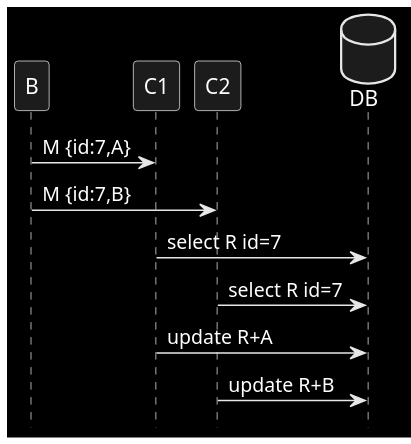
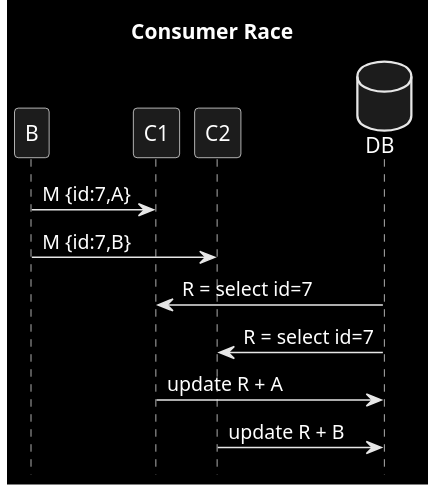
One commit to victorrentea/kafka changed the diagram in patterns/3_race_c_c.puml. Above: the diagram before and after it, drawn with PlantUML. The commit also changed 15 other files, not shown here.

```diff
--- a/patterns/3_race_c_c.puml
+++ b/patterns/3_race_c_c.puml
@@ -1,12 +1,13 @@
 @startuml
+title Consumer Race
 hide footbox
 skinparam monochrome reverse
-database DB order 10
+database DB order 9
 
 B->C1: M {id:7,A}
 B->C2: M {id:7,B}
-C1->DB: select R id=7
-C2->DB: select R id=7
-C1->DB: update R+A
-C2->DB: update R+B
+C1<-DB: R = select id=7
+C2<-DB: R = select id=7
+C1->DB: update R + A
+C2->DB: update R + B
 @enduml
```
